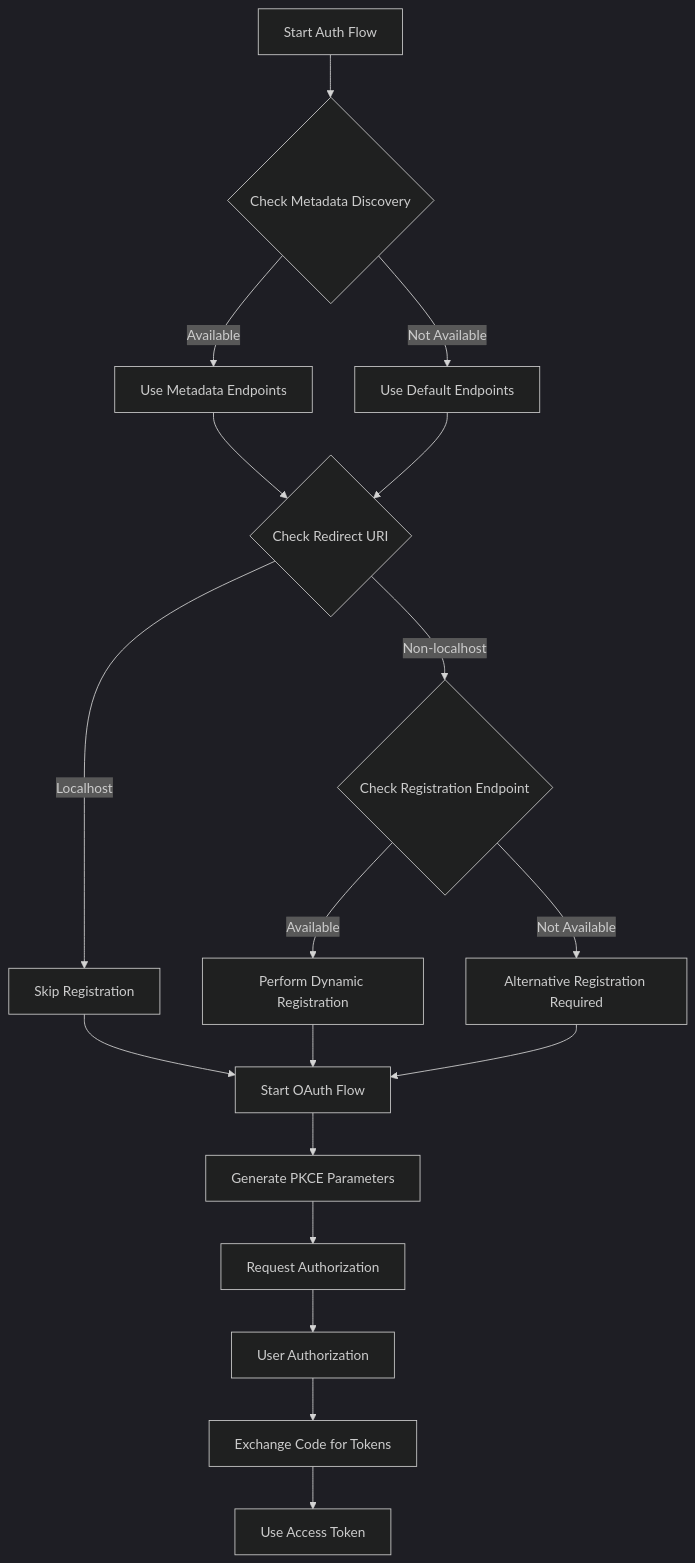
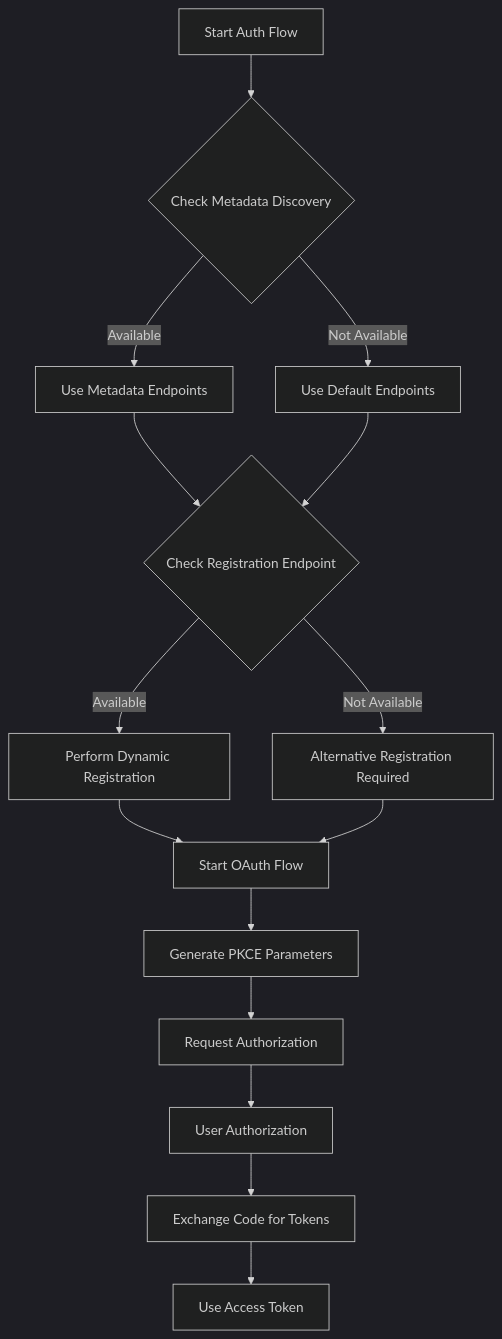
One commit to zcstarr/modelcontextprotocol changed the fourth of 5 diagrams in docs/specification/draft/basic/authorization.md. Above: the diagram before and after it, drawn with Mermaid (dark theme). The commit also changed other lines of this file, not shown here.

Commit message:
Remove localhost exemptions for client ID

````diff
--- a/docs/specification/draft/basic/authorization.md
+++ b/docs/specification/draft/basic/authorization.md
@@ -210,25 +194,21 @@
 ```mermaid
 flowchart TD
     A[Start Auth Flow] --> B{Check Metadata Discovery}
     B -->|Available| C[Use Metadata Endpoints]
     B -->|Not Available| D[Use Default Endpoints]
 
-    C --> E{Check Redirect URI}
-    D --> E
-
-    E -->|Localhost| F[Skip Registration]
-    E -->|Non-localhost| G{Check Registration Endpoint}
+    C --> G{Check Registration Endpoint}
+    D --> G
 
     G -->|Available| H[Perform Dynamic Registration]
     G -->|Not Available| I[Alternative Registration Required]
 
-    F --> J[Start OAuth Flow]
-    H --> J
+    H --> J[Start OAuth Flow]
     I --> J
 
     J --> K[Generate PKCE Parameters]
     K --> L[Request Authorization]
     L --> M[User Authorization]
     M --> N[Exchange Code for Tokens]
     N --> O[Use Access Token]
 ```
````
